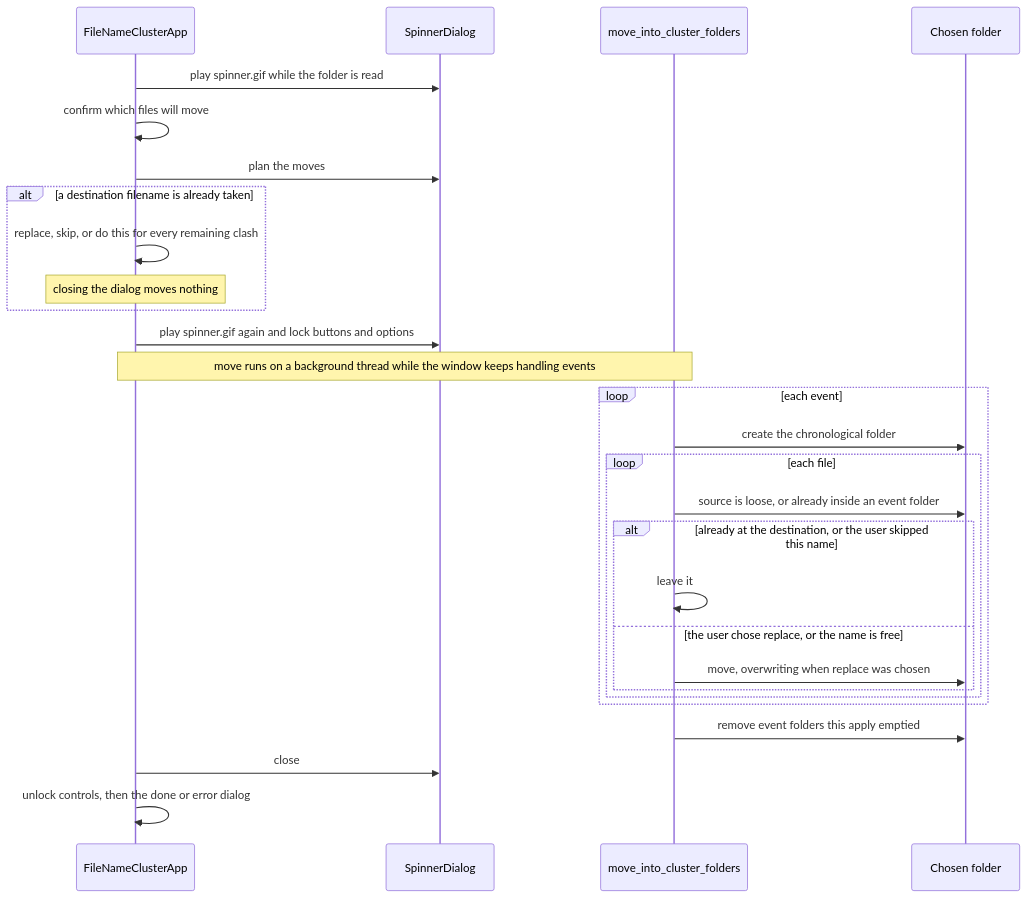
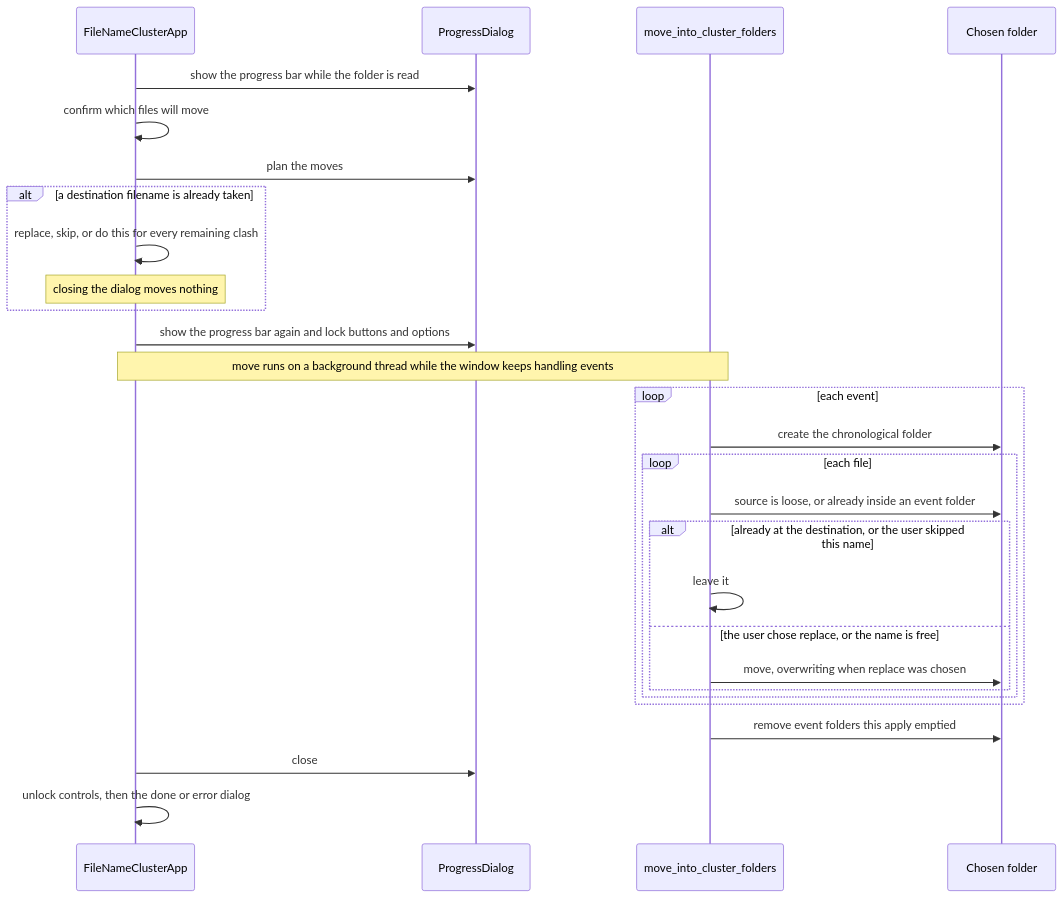
One commit to rvcgeeks/filenamecluster changed the fifth of 5 diagrams in docs/architecture.md. Above: the diagram before and after it, drawn with Mermaid. The commit also changed other lines of this file and 45 other files, not shown here.

````diff
--- a/docs/architecture.md
+++ b/docs/architecture.md
@@ -288,31 +288,31 @@
 ```mermaid
 sequenceDiagram
     participant App as FileNameClusterApp
-    participant Spin as SpinnerDialog
+    participant Spin as ProgressDialog
     participant Move as move_into_cluster_folders
     participant Disk as Chosen folder
 
-    App->>Spin: play spinner.gif while the folder is read
+    App->>Spin: show the progress bar while the folder is read
     App->>App: confirm which files will move
     App->>Spin: plan the moves
     alt a destination filename is already taken
         App->>App: replace, skip, or do this for every remaining clash
         Note over App: closing the dialog moves nothing
     end
-    App->>Spin: play spinner.gif again and lock buttons and options
+    App->>Spin: show the progress bar again and lock buttons and options
     Note over App,Move: move runs on a background thread while the window keeps handling events
     loop each event
         Move->>Disk: create the chronological folder
         loop each file
             Move->>Disk: source is loose, or already inside an event folder
             alt already at the destination, or the user skipped this name
                 Move->>Move: leave it
             else the user chose replace, or the name is free
                 Move->>Disk: move, overwriting when replace was chosen
             end
         end
     end
     Move->>Disk: remove event folders this apply emptied
     App->>Spin: close
     App->>App: unlock controls, then the done or error dialog
 ```
````
